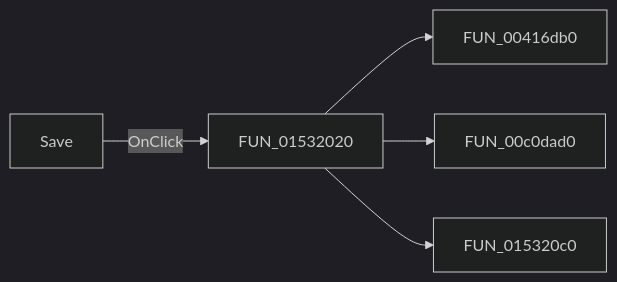
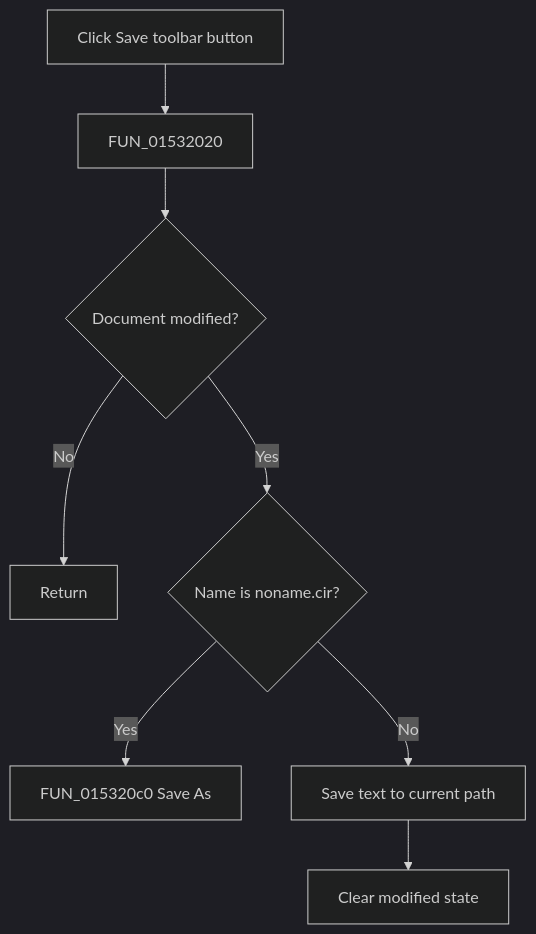
The diagram in docs/ui-controls/netlisteditor/savebutton-57b02a4ac0.md (MovGP0/TIARA), drawn with Mermaid (dark theme) before and after one commit. The commit also changed other lines of this file and 1062 other files, not shown here.

````diff
--- a/docs/ui-controls/netlisteditor/savebutton-57b02a4ac0.md
+++ b/docs/ui-controls/netlisteditor/savebutton-57b02a4ac0.md
@@ -27,7 +29,10 @@
 ```mermaid
-flowchart LR
-    control["Save"] -->|OnClick| handler["FUN_01532020"]
-    handler --> call1["FUN_00416db0"]
-    handler --> call2["FUN_00c0dad0"]
-    handler --> call3["FUN_015320c0"]
+flowchart TD
+    control["Click Save toolbar button"] --> handler["FUN_01532020"]
+    handler --> modified{"Document modified?"}
+    modified -->|No| noop["Return"]
+    modified -->|Yes| default{"Name is noname.cir?"}
+    default -->|Yes| saveas["FUN_015320c0 Save As"]
+    default -->|No| save["Save text to current path"]
+    save --> clean["Clear modified state"]
 ```
````
